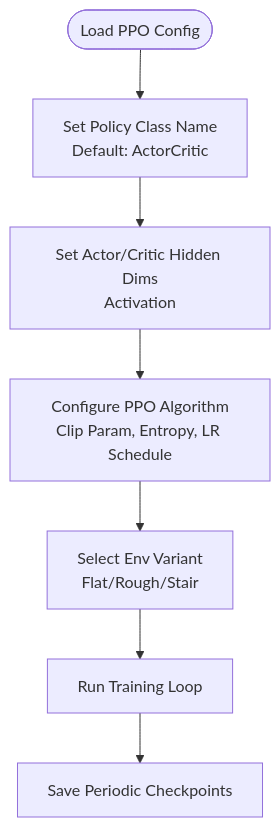
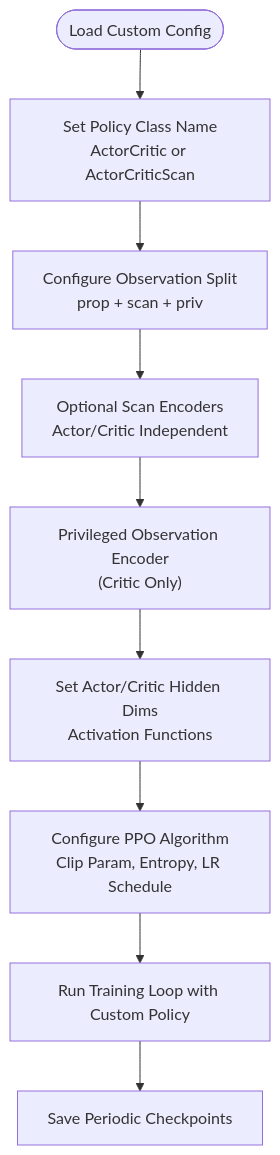
Before and after one commit to jayjayhust/robot_lab: the third of 7 diagrams in .qoder/repowiki/en/content/Training Pipeline Architecture/RSL-RL Training System.md, drawn with Mermaid. The commit also changed other lines of this file and 17 other files, not shown here.

````diff
--- a/.qoder/repowiki/en/content/Training Pipeline Architecture/RSL-RL Training System.md
+++ b/.qoder/repowiki/en/content/Training Pipeline Architecture/RSL-RL Training System.md
@@ -121,9 +138,11 @@
 ```mermaid
 flowchart TD
-Start(["Load PPO Config"]) --> Class["Set Policy Class Name<br/>Default: ActorCritic"]
-Class --> Arch["Set Actor/Critic Hidden Dims<br/>Activation"]
+Start(["Load Custom Config"]) --> Class["Set Policy Class Name<br/>ActorCritic or ActorCriticScan"]
+Class --> Split["Configure Observation Split<br/>prop + scan + priv"]
+Split --> ScanEnc["Optional Scan Encoders<br/>Actor/Critic Independent"]
+ScanEnc --> PrivEnc["Privileged Observation Encoder<br/>(Critic Only)"]
+PrivEnc --> Arch["Set Actor/Critic Hidden Dims<br/>Activation Functions"]
 Arch --> Algo["Configure PPO Algorithm<br/>Clip Param, Entropy, LR Schedule"]
-Algo --> Env["Select Env Variant<br/>Flat/Rough/Stair"]
-Env --> Train["Run Training Loop"]
+Algo --> Train["Run Training Loop with Custom Policy"]
 Train --> Save["Save Periodic Checkpoints"]
 ```
````
